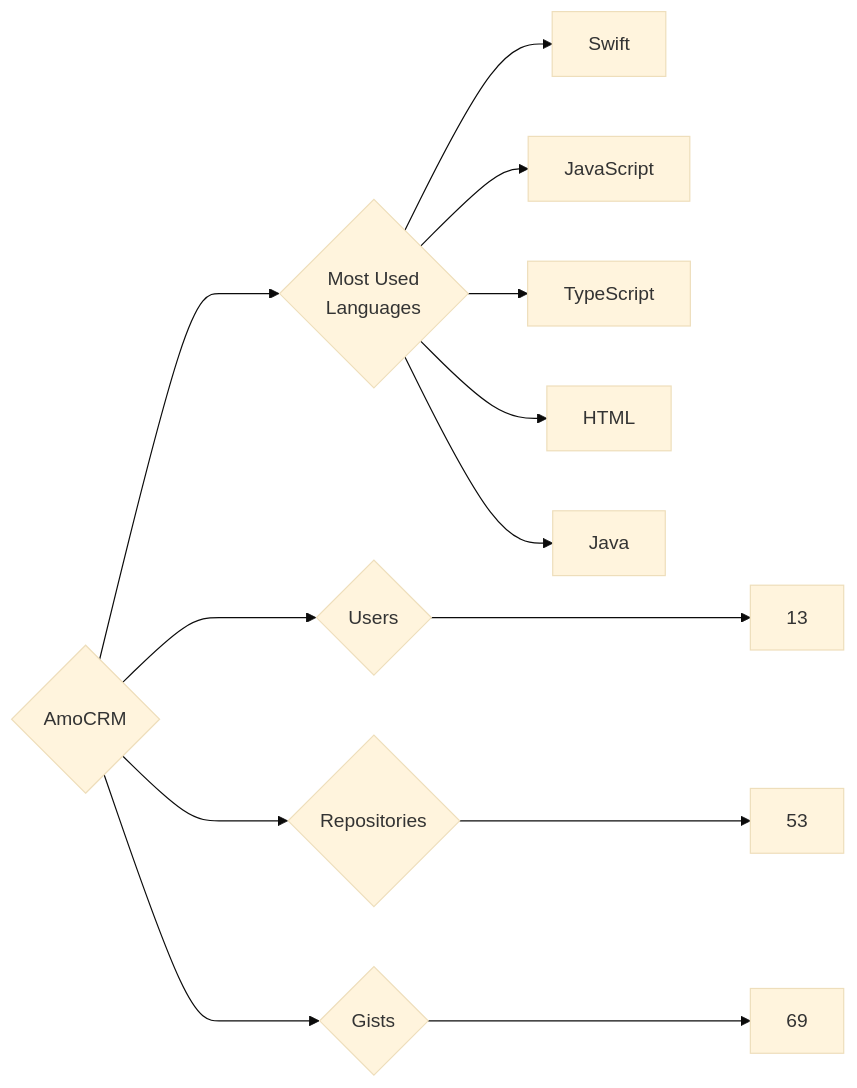
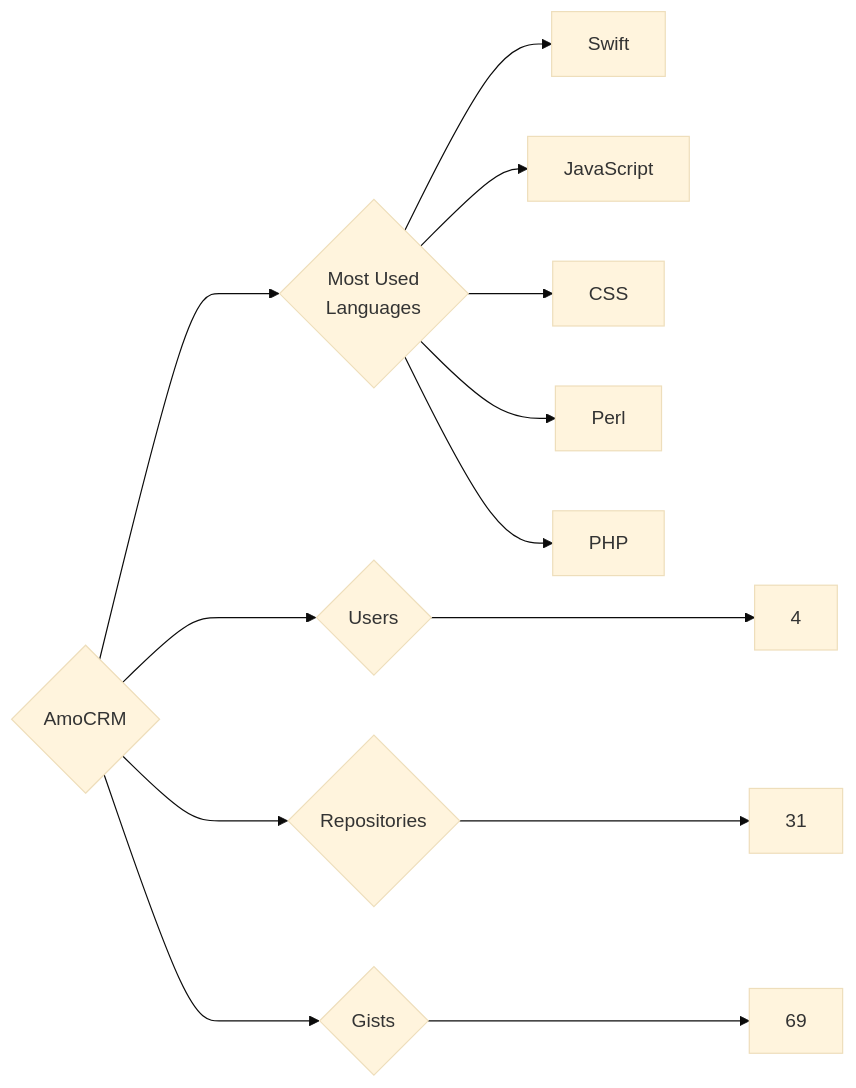
The diagram in targets/AmoCRM/README.md (trickest/insiders), drawn with Mermaid (base theme) before and after one commit. The commit also changed 676 other files, not shown here.

````diff
--- a/targets/AmoCRM/README.md
+++ b/targets/AmoCRM/README.md
@@ -3,13 +3,13 @@
 ```mermaid
 graph LR
 COMPANY_NAME{AmoCRM}
-COMPANY_NAME ---> U{Users} ---> UN[13]
-COMPANY_NAME ---> R{Repositories} ---> RN[53]
+COMPANY_NAME ---> U{Users} ---> UN[4]
+COMPANY_NAME ---> R{Repositories} ---> RN[31]
 COMPANY_NAME ---> G{Gists} ---> GN[69]
 COMPANY_NAME ---> ML{Most Used<br>Languages}
 ML --> Swift[Swift]
 ML --> JavaScript[JavaScript]
-ML --> TypeScript[TypeScript]
-ML --> HTML[HTML]
-ML --> Java[Java]
+ML --> CSS[CSS]
+ML --> Perl[Perl]
+ML --> PHP[PHP]
 ```
````
